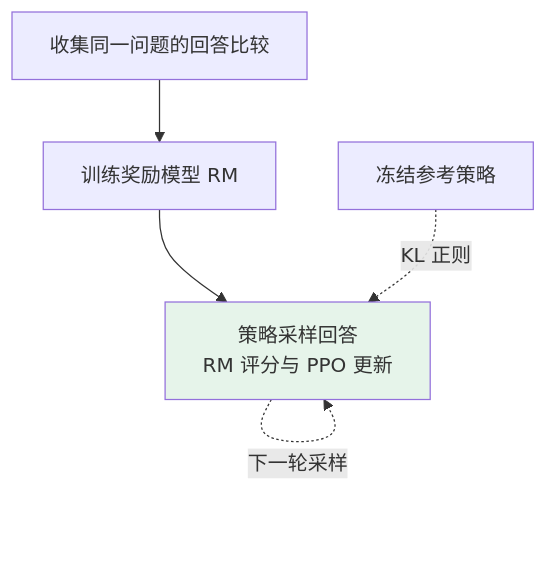
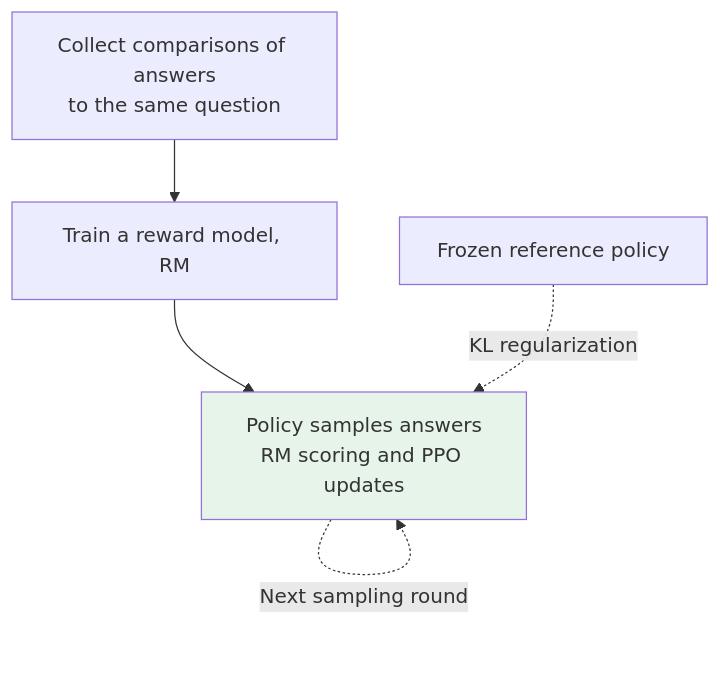
One commit to oneleaveknowsthefall/awesome-ai-roadmap changed the first of 2 diagrams in docs/llm/02-training-alignment/10-post-training.md. Above: the diagram before and after it, drawn with Mermaid. The commit also changed other lines of this file and 92 other files, not shown here.

````diff
--- a/docs/llm/02-training-alignment/10-post-training.md
+++ b/docs/llm/02-training-alignment/10-post-training.md
@@ -35,9 +35,9 @@
 ```mermaid
 flowchart TB
-    S1["收集同一问题的回答比较"] --> S2["训练奖励模型 RM"]
-    S2 --> S3["策略采样回答<br/>RM 评分与 PPO 更新"]
-    REF["冻结参考策略"] -.->|KL 正则| S3
-    S3 -.->|下一轮采样| S3
+    S1["Collect comparisons of answers<br/>to the same question"] --> S2["Train a reward model, RM"]
+    S2 --> S3["Policy samples answers<br/>RM scoring and PPO updates"]
+    REF["Frozen reference policy"] -.->|KL regularization| S3
+    S3 -.->|Next sampling round| S3
 
     style S3 fill:#e6f4ea
 ```
````
